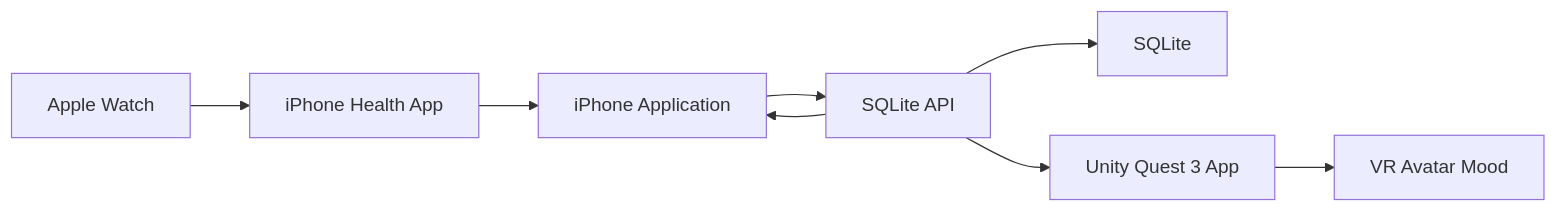
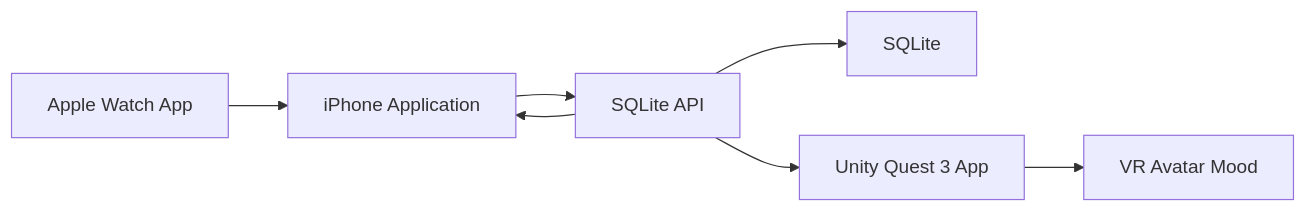
Before and after one commit to mjj5444845/vr-avatar-heartwatch-demo: the diagram in README.md, drawn with Mermaid. The commit also changed other lines of this file and 13 other files, not shown here.

Commit message:
Restore live Apple Watch streaming

````diff
--- a/README.md
+++ b/README.md
@@ -16,10 +16,9 @@
 ```mermaid
 flowchart LR
-  Watch["Apple Watch"] --> Health["iPhone Health App"]
-  Health --> iPhone["iPhone Application"]
+  Watch["Apple Watch App"] --> iPhone["iPhone Application"]
   iPhone --> API["SQLite API"]
   API --> DB["SQLite"]
   API --> iPhone
   API --> Unity["Unity Quest 3 App"]
   Unity --> Avatar["VR Avatar Mood"]
 ```
````
